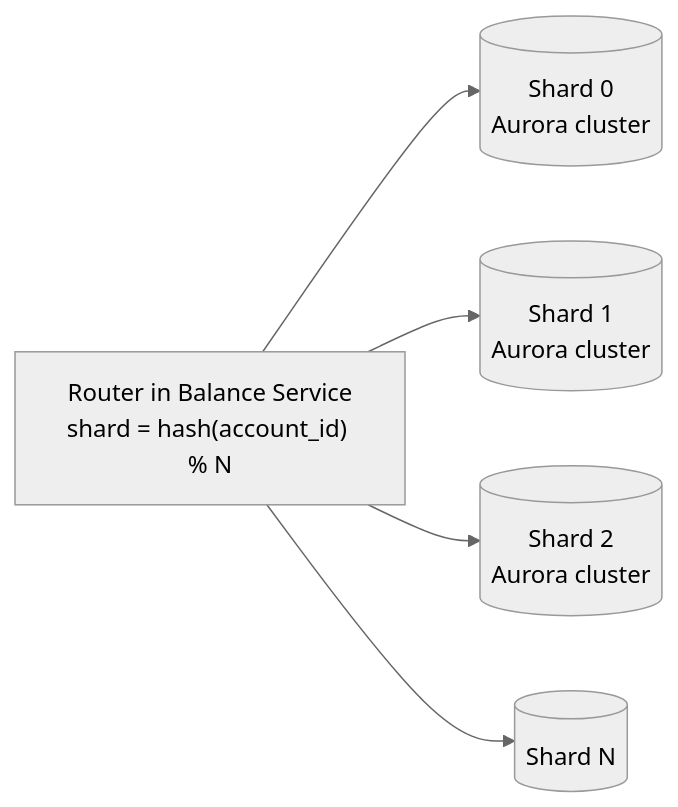
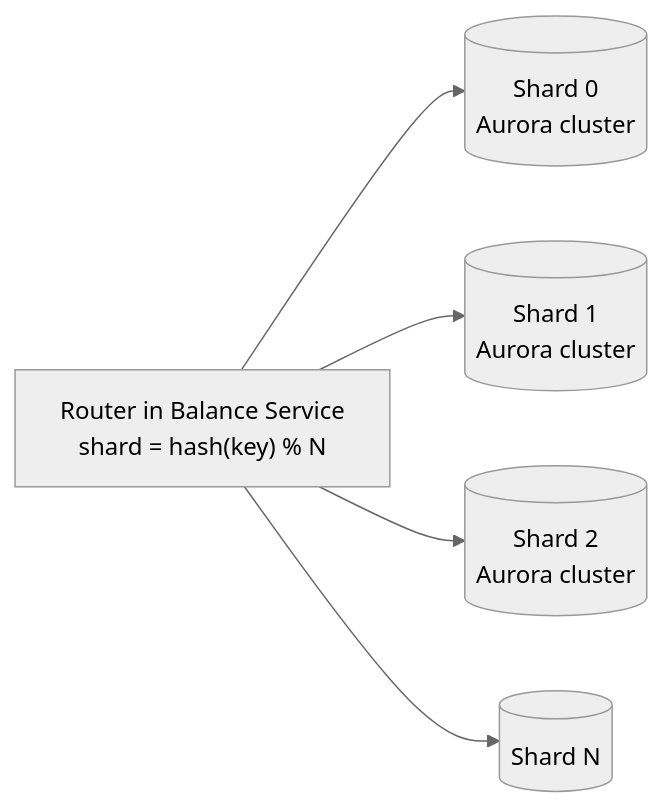
The second of 3 diagrams in interview-prep/capital_one/account_balance_service/06-detailed-design.md (Daniel-Ibarrola/leetcode), drawn with Mermaid (neutral theme) before and after one commit. The commit also changed other lines of this file and 4 other files, not shown here.

````diff
--- a/interview-prep/capital_one/account_balance_service/06-detailed-design.md
+++ b/interview-prep/capital_one/account_balance_service/06-detailed-design.md
@@ -92,8 +95,8 @@
 ```mermaid
 flowchart LR
-    R["Router in Balance Service<br/>shard = hash(account_id) % N"]
+    R["Router in Balance Service<br/>shard = hash(key) % N"]
     R --> S0[("Shard 0<br/>Aurora cluster")]
     R --> S1[("Shard 1<br/>Aurora cluster")]
     R --> S2[("Shard 2<br/>Aurora cluster")]
     R --> Sn[("Shard N")]
 ```
````
